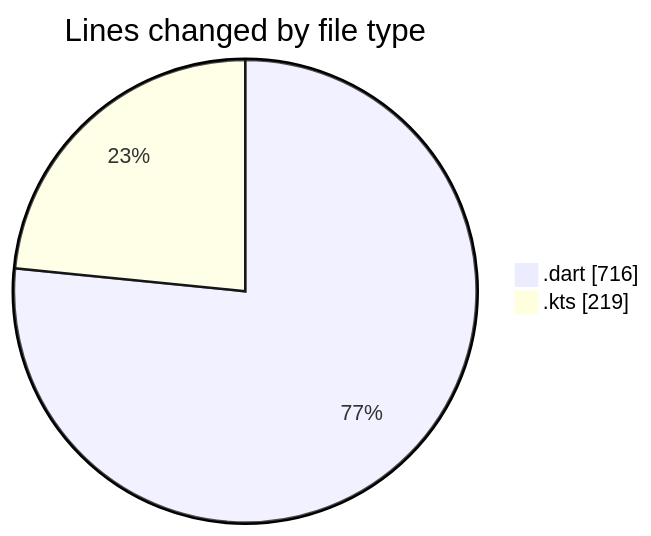
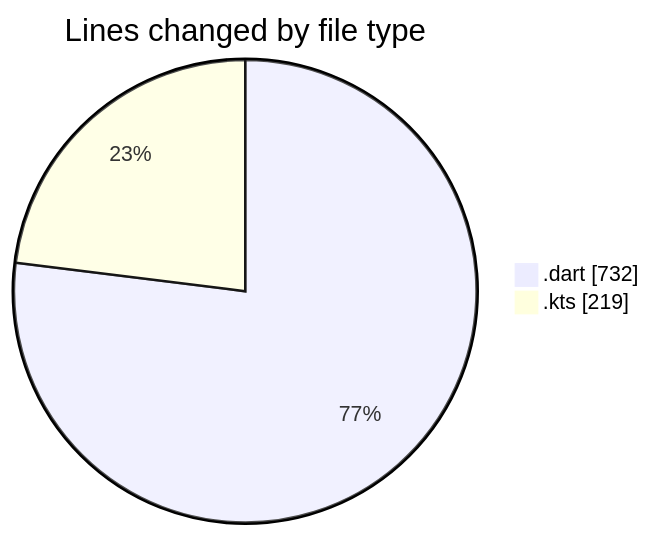
Before and after one commit to donsfak/code-tracking: the first of 2 diagrams in 2025-02-24/drivers_app/README.md, drawn with Mermaid. The commit also changed other lines of this file and 1 other file, not shown here.

````diff
--- a/2025-02-24/drivers_app/README.md
+++ b/2025-02-24/drivers_app/README.md
@@ -25,6 +25,6 @@
 ```mermaid
 pie showData
 title Lines changed by file type
-".dart" : 716
+".dart" : 732
 ".kts" : 219
 ```
````
